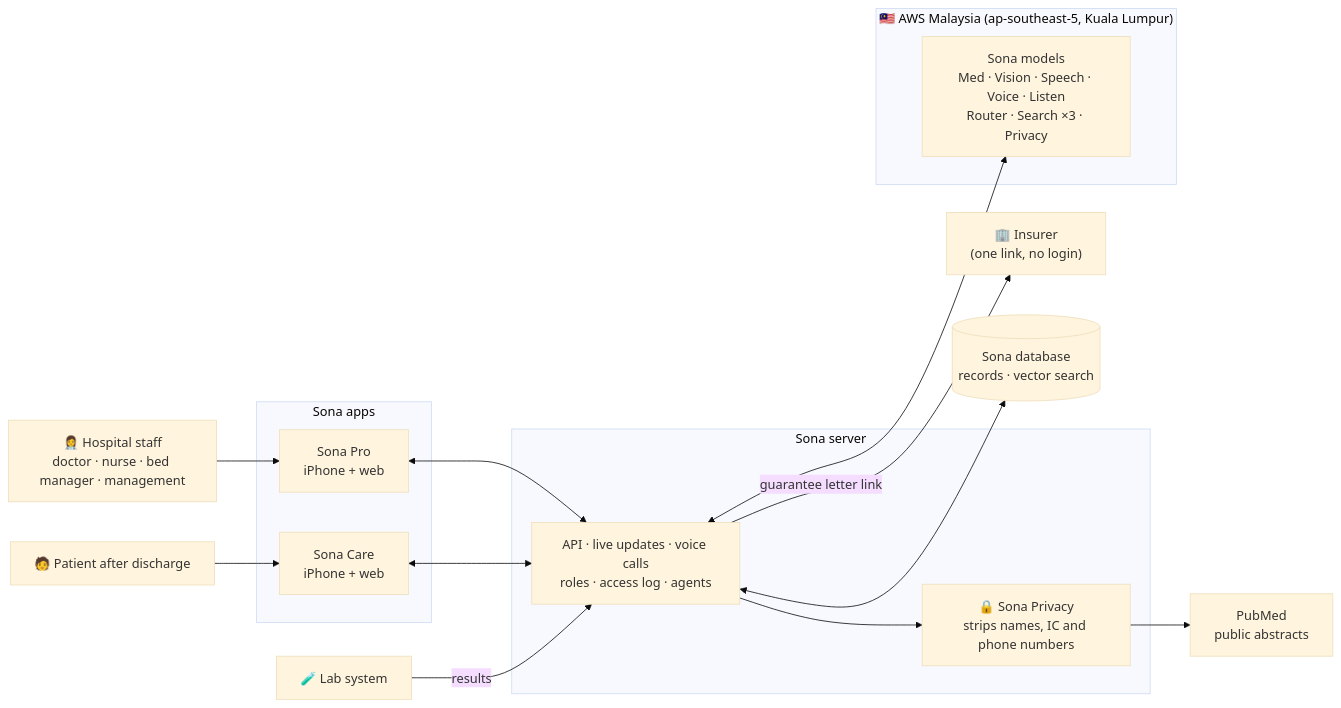
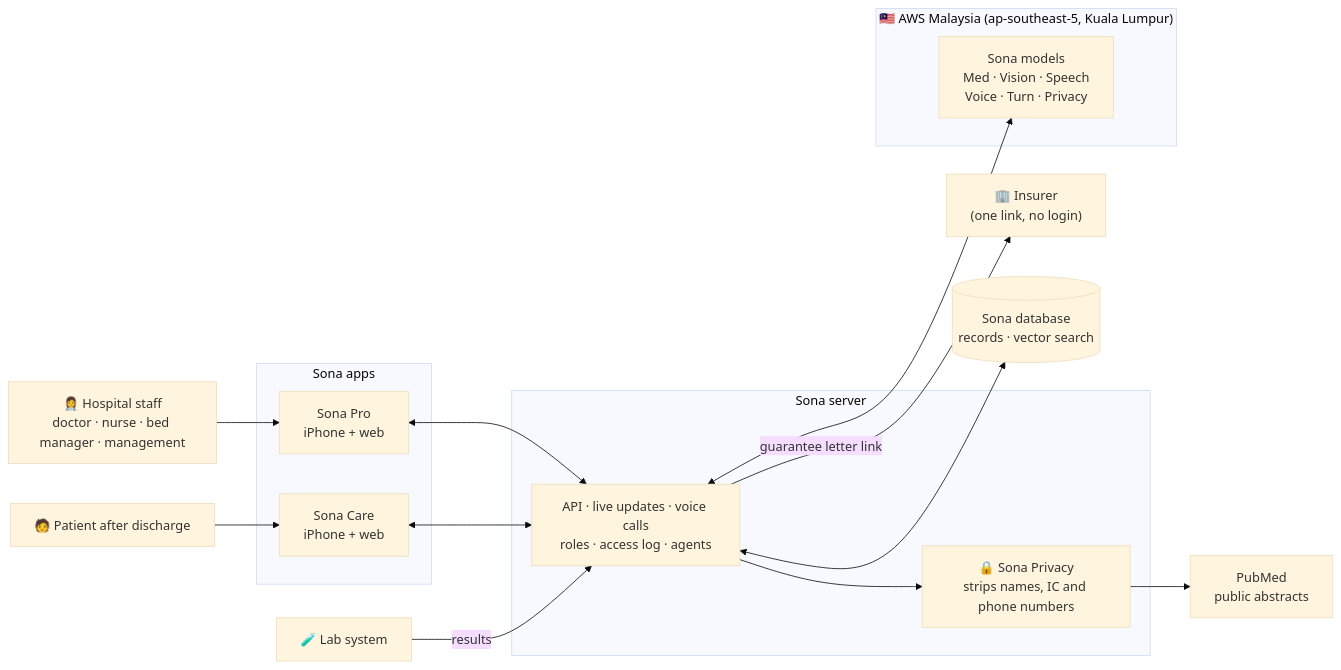
The diagram in README.md (ZHIYUAN-TECHNOLOGY/sona-ai), drawn with Mermaid (base theme) before and after one commit. The commit also changed other lines of this file and 2 other files, not shown here.

First line of the commit message:
docs(readme): six models, not ten

````diff
--- a/README.md
+++ b/README.md
@@ -79,35 +79,35 @@
 ```mermaid
 flowchart LR
     staff["👩‍⚕️ Hospital staff<br/>doctor · nurse · bed manager · management"]
     patient["🧑 Patient after discharge"]
     insurer["🏢 Insurer<br/>(one link, no login)"]
     lab["🧪 Lab system"]
 
     subgraph apps["Sona apps"]
         pro["Sona Pro<br/>iPhone + web"]
         care["Sona Care<br/>iPhone + web"]
     end
 
     subgraph server["Sona server"]
         api["API · live updates · voice calls<br/>roles · access log · agents"]
         privacy["🔒 Sona Privacy<br/>strips names, IC and phone numbers"]
     end
 
     subgraph my["🇲🇾 AWS Malaysia (ap-southeast-5, Kuala Lumpur)"]
-        models["Sona models<br/>Med · Vision · Speech · Voice · Listen<br/>Router · Search ×3 · Privacy"]
+        models["Sona models<br/>Med · Vision · Speech<br/>Voice · Turn · Privacy"]
     end
 
     db[("Sona database<br/>records · vector search")]
 
     pubmed["PubMed<br/>public abstracts"]
 
     staff --> pro
     patient --> care
     pro <--> api
     care <--> api
     api <--> models
     api <--> db
     api --> privacy --> pubmed
     api -- "guarantee letter link" --> insurer
     lab -- "results" --> api
 ```
````
